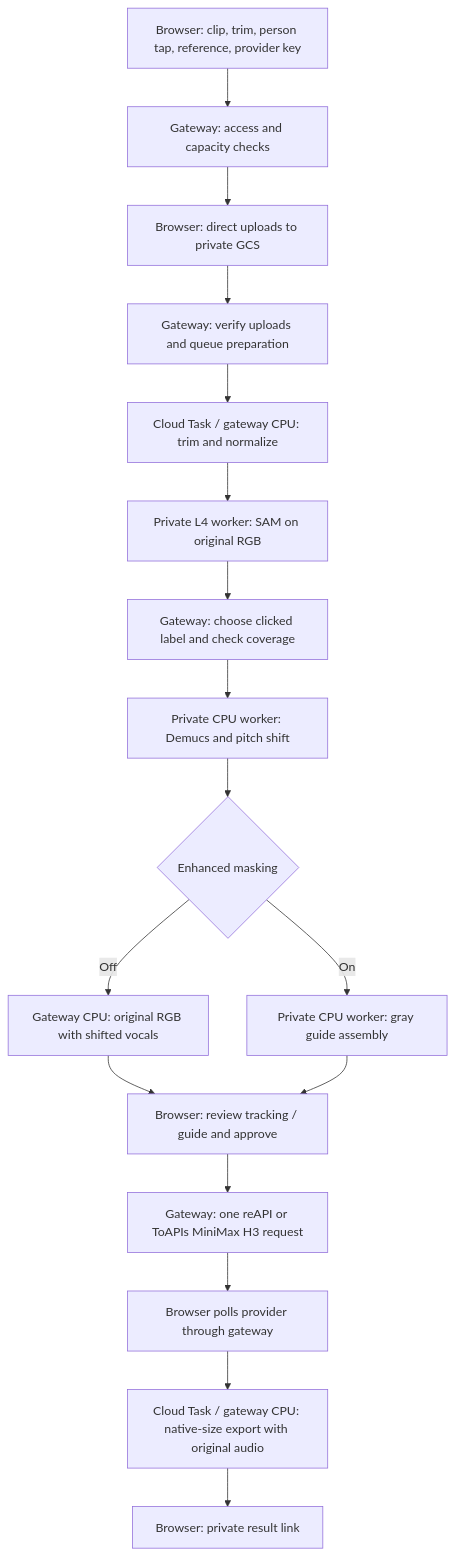
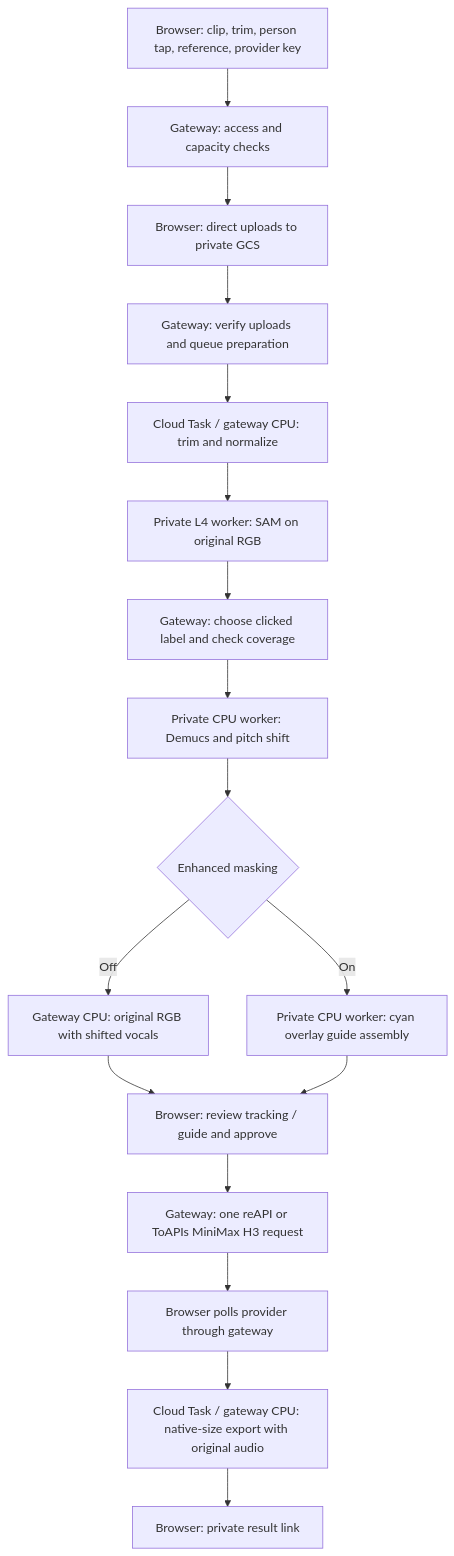
The diagram in docs/charswap-walkthrough.md (frankywashere/vlo), drawn with Mermaid before and after one commit. The commit also changed other lines of this file and 19 other files, not shown here.

Commit message:
Use selected-person cyan overlay across scene cuts

````diff
--- a/docs/charswap-walkthrough.md
+++ b/docs/charswap-walkthrough.md
@@ -75,19 +75,19 @@
 ```mermaid
 flowchart TD
     A[Browser: clip, trim, person tap, reference, provider key] --> B[Gateway: access and capacity checks]
     B --> C[Browser: direct uploads to private GCS]
     C --> D[Gateway: verify uploads and queue preparation]
     D --> E[Cloud Task / gateway CPU: trim and normalize]
     E --> F[Private L4 worker: SAM on original RGB]
     F --> G[Gateway: choose clicked label and check coverage]
     G --> H[Private CPU worker: Demucs and pitch shift]
     H --> P{Enhanced masking}
     P -->|Off| Q[Gateway CPU: original RGB with shifted vocals]
-    P -->|On| R[Private CPU worker: gray guide assembly]
+    P -->|On| R[Private CPU worker: cyan overlay guide assembly]
     Q --> I[Browser: review tracking / guide and approve]
     R --> I
     I --> J[Gateway: one reAPI or ToAPIs MiniMax H3 request]
     J --> K[Browser polls provider through gateway]
     K --> L[Cloud Task / gateway CPU: native-size export with original audio]
     L --> M[Browser: private result link]
 ```
````
